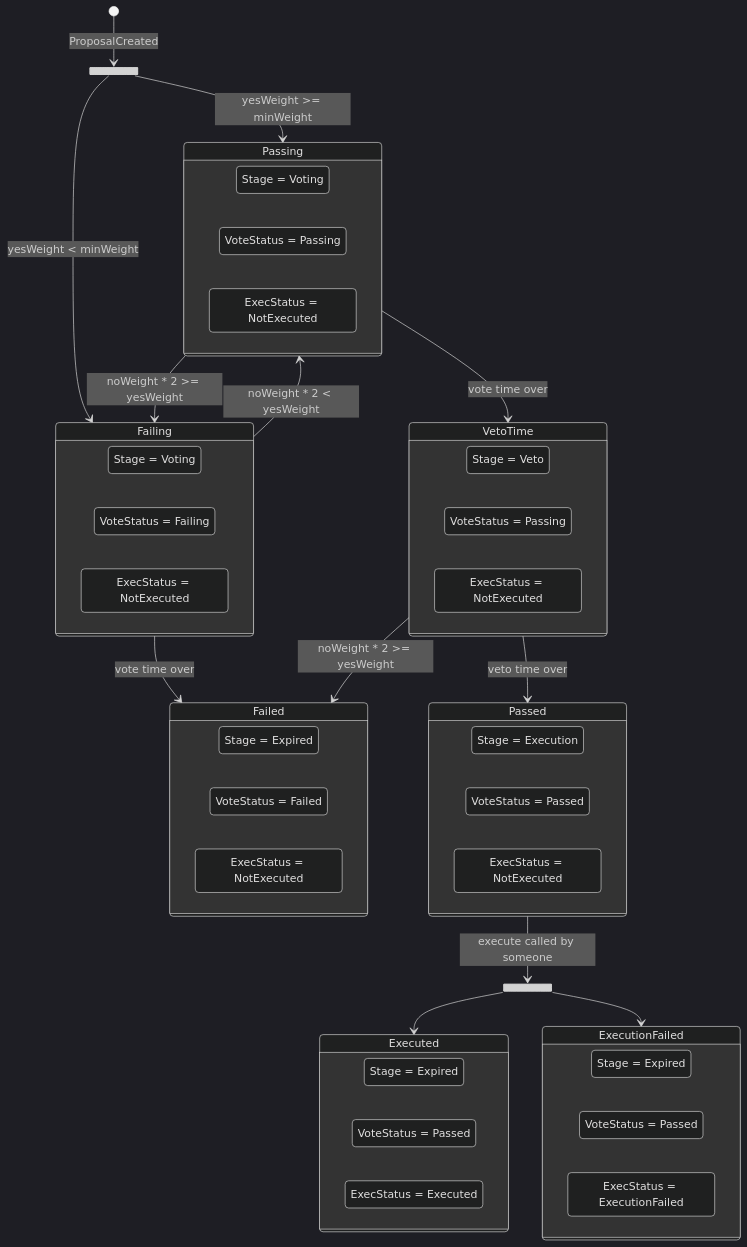
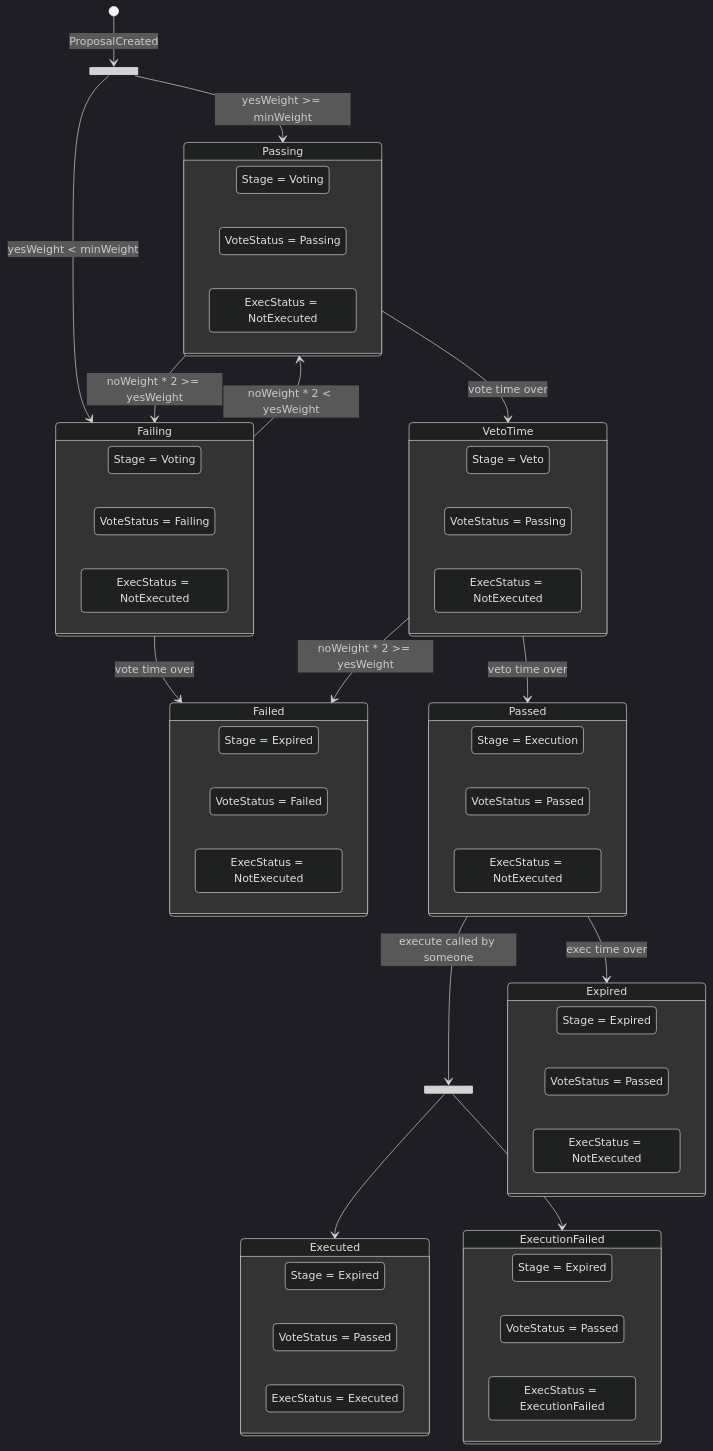
Before and after one commit to sim31/frapps: the diagram in impl/orec/README.md, drawn with Mermaid (dark theme). The commit also changed 1 other file, not shown here.

Commit message:
Implement execute window
We need to expire proposals execution of which require too much gas.
Also proposals which are forgotten / lost. This takes care of that.

````diff
--- a/impl/orec/README.md
+++ b/impl/orec/README.md
@@ -16,68 +16,76 @@
 ```mermaid
 stateDiagram-v2
   state createState <<fork>>
   state execState <<fork>>
   [*] --> createState: ProposalCreated
   createState --> passing: yesWeight >= minWeight
   createState --> failing: yesWeight < minWeight
   passing --> failing: noWeight * 2 >= yesWeight
   failing --> passing: noWeight * 2 < yesWeight
   failing --> failed: vote time over
   passing --> veto: vote time over
   veto --> passed: veto time over
   veto --> failed: noWeight * 2 >= yesWeight
   passed --> execState: execute called by someone
+  passed --> expired: exec time over
   execState --> executed
   execState --> execFailed
 
 
   state "Failing" as failing {
     direction LR
     state "Stage = Voting" as failingStage
     state "VoteStatus = Failing" as failingVT
     state "ExecStatus = NotExecuted" as failingExec
   }
 
   state "Passing" as passing {
     direction LR
     state "Stage = Voting" as passingStage
     state "VoteStatus = Passing" as passingvt
     state "ExecStatus = NotExecuted" as passingExec
   }
 
   state "VetoTime" as veto {
     direction LR
     state "Stage = Veto" as vetoStage
     state "VoteStatus = Passing" as vetovt
     state "ExecStatus = NotExecuted" as vetoExec
   }
 
   state "Failed" as failed {
     direction LR
     state "Stage = Expired" as failedStage
     state "VoteStatus = Failed" as failedvt
     state "ExecStatus = NotExecuted" as failedExec
   }
 
   state "Passed" as passed {
     direction LR
     state "Stage = Execution" as passedStage
     state "VoteStatus = Passed" as passedvt
     state "ExecStatus = NotExecuted" as passedExec
   }
 
+  state "Expired" as expired {
+    direction LR
+    state "Stage = Expired" as expStage
+    state "VoteStatus = Passed" as expvt
+    state "ExecStatus = NotExecuted" as expExec 
+  }
+
   state "Executed" as executed {
     direction LR
     state "Stage = Expired" as execStage
     state "VoteStatus = Passed" as execvt
     state "ExecStatus = Executed" as execExec
   }
 
   state "ExecutionFailed" as execFailed {
     direction LR
     state "Stage = Expired" as execfStage
     state "VoteStatus = Passed" as execfvt
     state "ExecStatus = ExecutionFailed" as execfExec
   }
 
 ```
````
